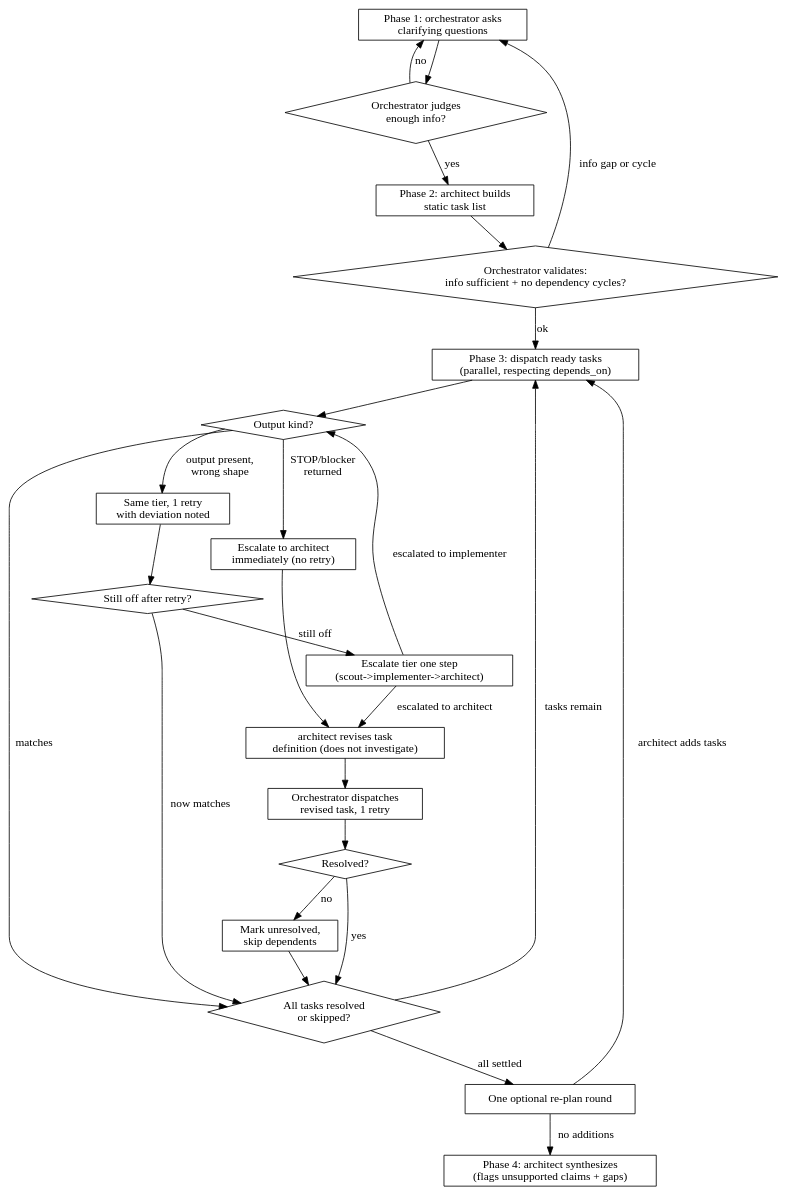
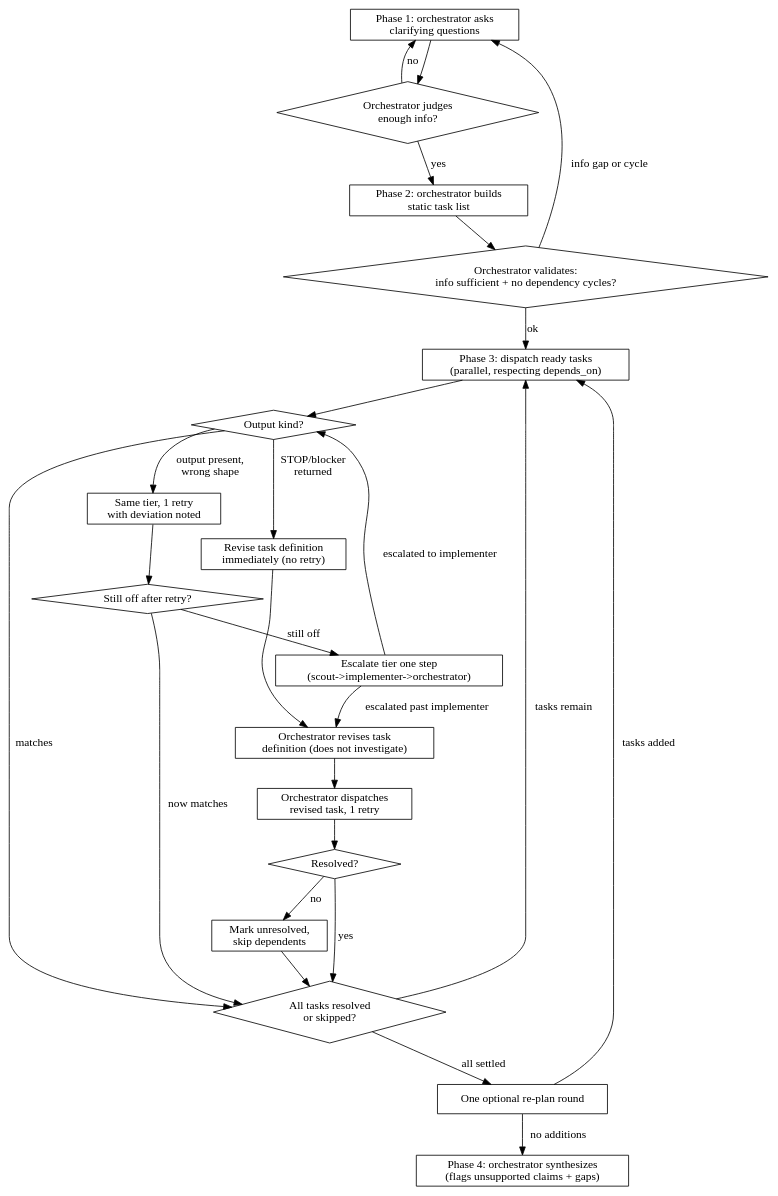
The diagram in agents/.agents/skills/investigation/SKILL.md (kiluhabe/dotfiles), drawn with Graphviz before and after one commit. The commit also changed other lines of this file and 10 other files, not shown here.

First line of the commit message:
Keep architect for fresh-context review only

````diff
--- a/agents/.agents/skills/investigation/SKILL.md
+++ b/agents/.agents/skills/investigation/SKILL.md
@@ -25,47 +25,47 @@
 ```dot
 digraph investigation {
   intake [label="Phase 1: orchestrator asks\nclarifying questions" shape=box];
   enough [label="Orchestrator judges\nenough info?" shape=diamond];
-  plan [label="Phase 2: architect builds\nstatic task list" shape=box];
+  plan [label="Phase 2: orchestrator builds\nstatic task list" shape=box];
   valid [label="Orchestrator validates:\ninfo sufficient + no dependency cycles?" shape=diamond];
   dispatch [label="Phase 3: dispatch ready tasks\n(parallel, respecting depends_on)" shape=box];
   kind [label="Output kind?" shape=diamond];
   fmtretry [label="Same tier, 1 retry\nwith deviation noted" shape=box];
-  blocker [label="Escalate to architect\nimmediately (no retry)" shape=box];
+  blocker [label="Revise task definition\nimmediately (no retry)" shape=box];
   stillbad [label="Still off after retry?" shape=diamond];
-  tierup [label="Escalate tier one step\n(scout->implementer->architect)" shape=box];
-  fixtask [label="architect revises task\ndefinition (does not investigate)" shape=box];
+  tierup [label="Escalate tier one step\n(scout->implementer->orchestrator)" shape=box];
+  fixtask [label="Orchestrator revises task\ndefinition (does not investigate)" shape=box];
   onemore [label="Orchestrator dispatches\nrevised task, 1 retry" shape=box];
   resolved [label="Resolved?" shape=diamond];
   giveup [label="Mark unresolved,\nskip dependents" shape=box];
   alldone [label="All tasks resolved\nor skipped?" shape=diamond];
   replan [label="One optional re-plan round" shape=box];
-  synth [label="Phase 4: architect synthesizes\n(flags unsupported claims + gaps)" shape=box];
+  synth [label="Phase 4: orchestrator synthesizes\n(flags unsupported claims + gaps)" shape=box];
 
   intake -> enough;
   enough -> intake [label="no"];
   enough -> plan [label="yes"];
   plan -> valid;
   valid -> intake [label="info gap or cycle"];
   valid -> dispatch [label="ok"];
   dispatch -> kind;
   kind -> fmtretry [label="output present,\nwrong shape"];
   kind -> blocker [label="STOP/blocker\nreturned"];
   kind -> alldone [label="matches"];
   fmtretry -> stillbad;
   stillbad -> alldone [label="now matches"];
   stillbad -> tierup [label="still off"];
   tierup -> kind [label="escalated to implementer"];
-  tierup -> fixtask [label="escalated to architect"];
+  tierup -> fixtask [label="escalated past implementer"];
   blocker -> fixtask;
   fixtask -> onemore;
   onemore -> resolved;
   resolved -> alldone [label="yes"];
   resolved -> giveup [label="no"];
   giveup -> alldone;
   alldone -> dispatch [label="tasks remain"];
   alldone -> replan [label="all settled"];
-  replan -> dispatch [label="architect adds tasks"];
+  replan -> dispatch [label="tasks added"];
   replan -> synth [label="no additions"];
 }
 ```
````
